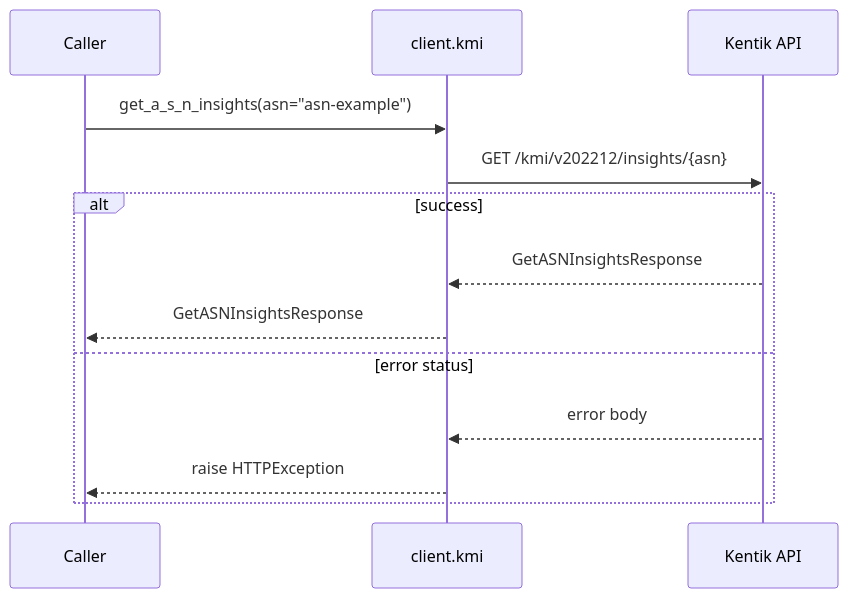
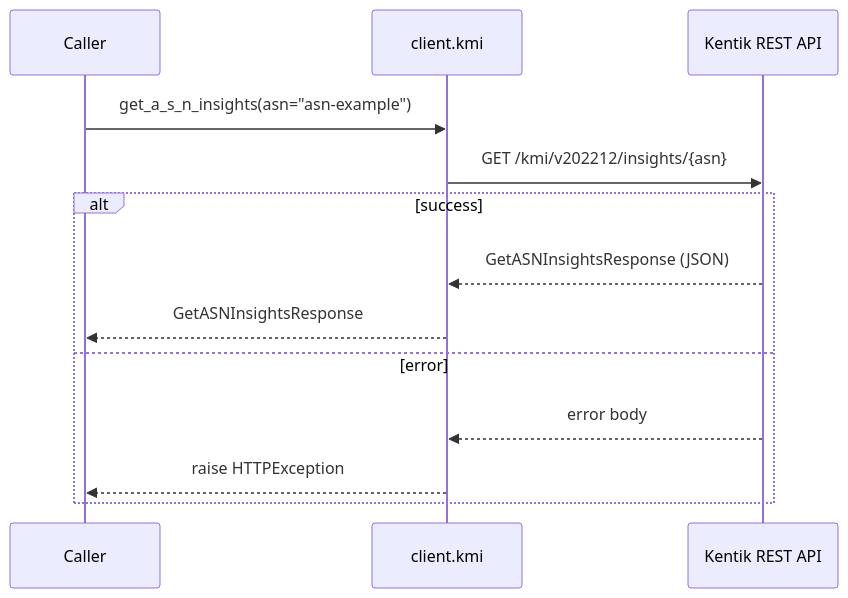
One commit to alexdearaujo/community_sdk_python changed the fourth of 12 diagrams in docs/sphinx/services/kmi.md. Above: the diagram before and after it, drawn with Mermaid. The commit also changed other lines of this file and 61 other files, not shown here.

````diff
--- a/docs/sphinx/services/kmi.md
+++ b/docs/sphinx/services/kmi.md
@@ -86,16 +113,16 @@
 ```mermaid
 sequenceDiagram
     participant C as Caller
     participant W as client.kmi
-    participant API as Kentik API
+    participant API as Kentik REST API
 
     C->>W: get_a_s_n_insights(asn="asn-example")
     W->>API: GET /kmi/v202212/insights/{asn}
     alt success
-        API-->>W: GetASNInsightsResponse
+        API-->>W: GetASNInsightsResponse (JSON)
         W-->>C: GetASNInsightsResponse
-    else error status
+    else error
         API-->>W: error body
         W-->>C: raise HTTPException
     end
 ```
````
